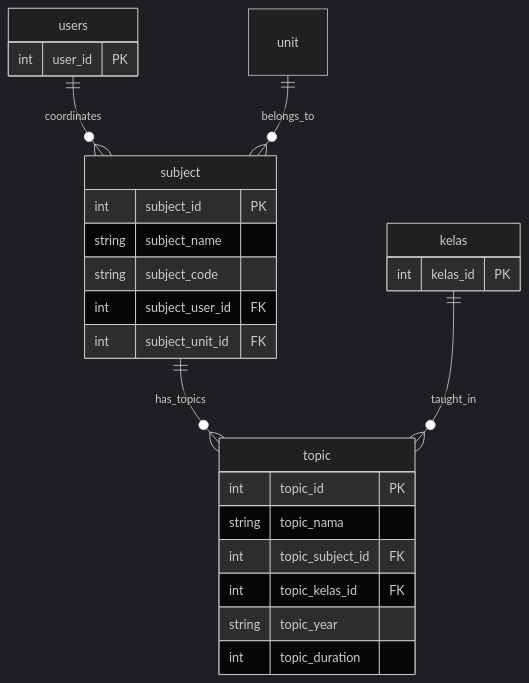
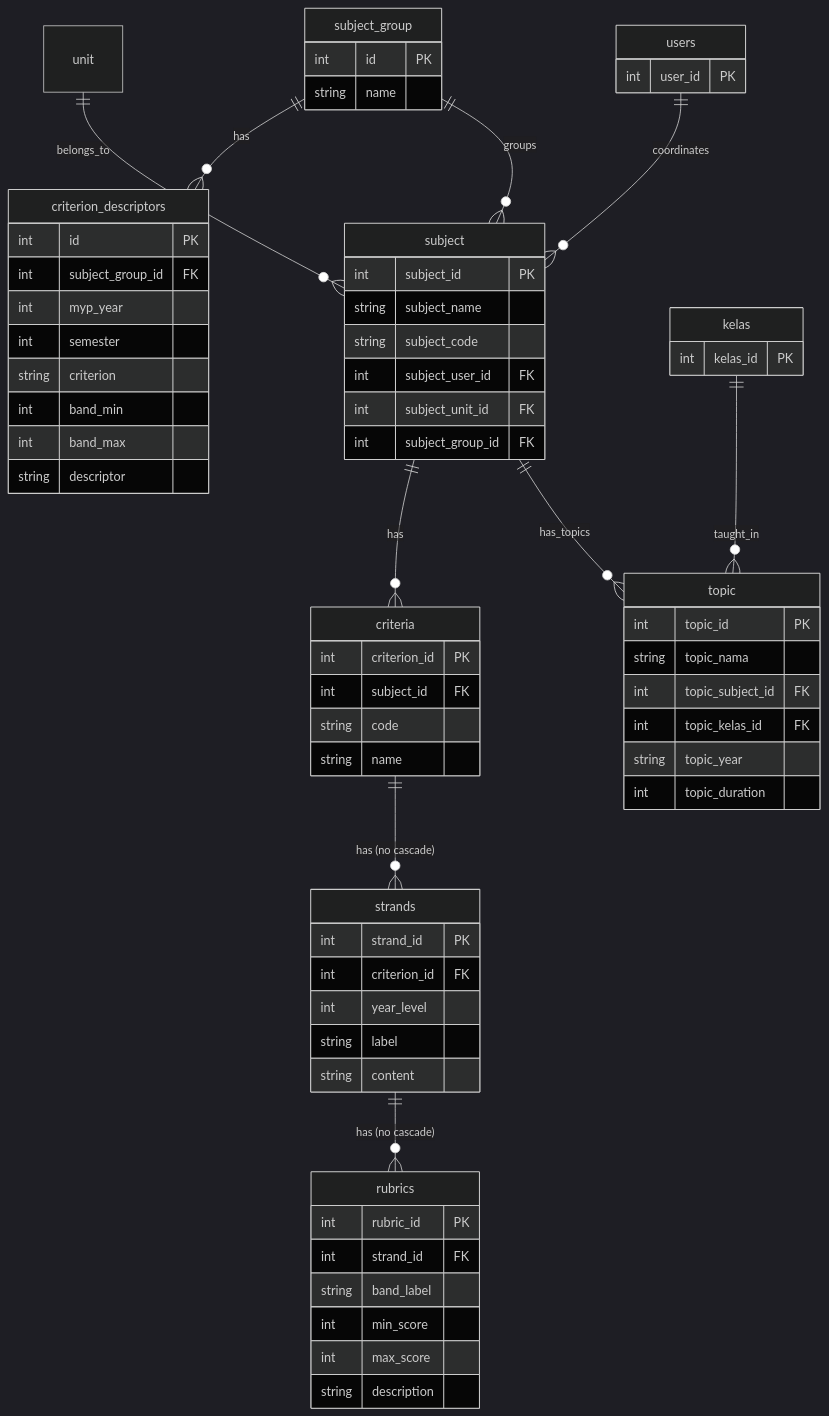
The third of 5 diagrams in DATABASE_SCHEMA.md (hanskristianw/school-admin), drawn with Mermaid (dark theme) before and after one commit. The commit also changed other lines of this file and 1 other file, not shown here.

Commit message:
fitur copy criteria

````diff
--- a/DATABASE_SCHEMA.md
+++ b/DATABASE_SCHEMA.md
@@ -282,32 +352,78 @@
 ```mermaid
 erDiagram
+    subject_group ||--o{ subject : "groups"
+    subject_group ||--o{ criterion_descriptors : "has"
     subject ||--o{ topic : "has_topics"
+    subject ||--o{ criteria : "has"
+    criteria ||--o{ strands : "has (no cascade)"
+    strands ||--o{ rubrics : "has (no cascade)"
     kelas ||--o{ topic : "taught_in"
     users ||--o{ subject : "coordinates"
     unit ||--o{ subject : "belongs_to"
-    
+
+    subject_group {
+        int id PK
+        string name
+    }
+
     subject {
         int subject_id PK
         string subject_name
         string subject_code
         int subject_user_id FK
         int subject_unit_id FK
+        int subject_group_id FK
     }
-    
+
+    criteria {
+        int criterion_id PK
+        int subject_id FK
+        string code
+        string name
+    }
+
+    strands {
+        int strand_id PK
+        int criterion_id FK
+        int year_level
+        string label
+        string content
+    }
+
+    rubrics {
+        int rubric_id PK
+        int strand_id FK
+        string band_label
+        int min_score
+        int max_score
+        string description
+    }
+
+    criterion_descriptors {
+        int id PK
+        int subject_group_id FK
+        int myp_year
+        int semester
+        string criterion
+        int band_min
+        int band_max
+        string descriptor
+    }
+
     topic {
         int topic_id PK
         string topic_nama
         int topic_subject_id FK
         int topic_kelas_id FK
         string topic_year
         int topic_duration
     }
-    
+
     kelas {
         int kelas_id PK
     }
-    
+
     users {
         int user_id PK
     }
 ```
````
